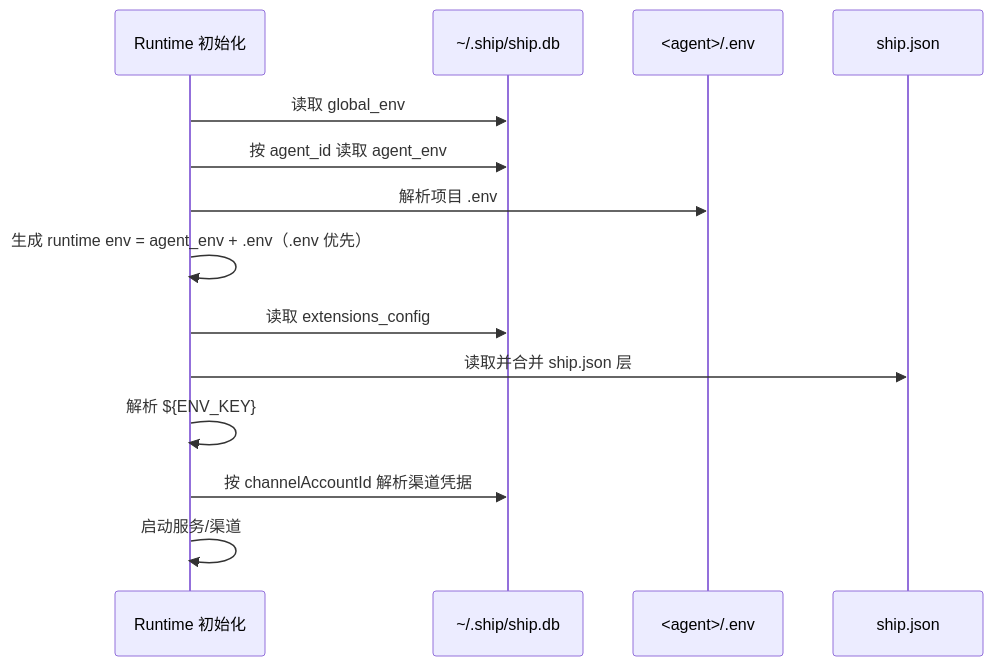
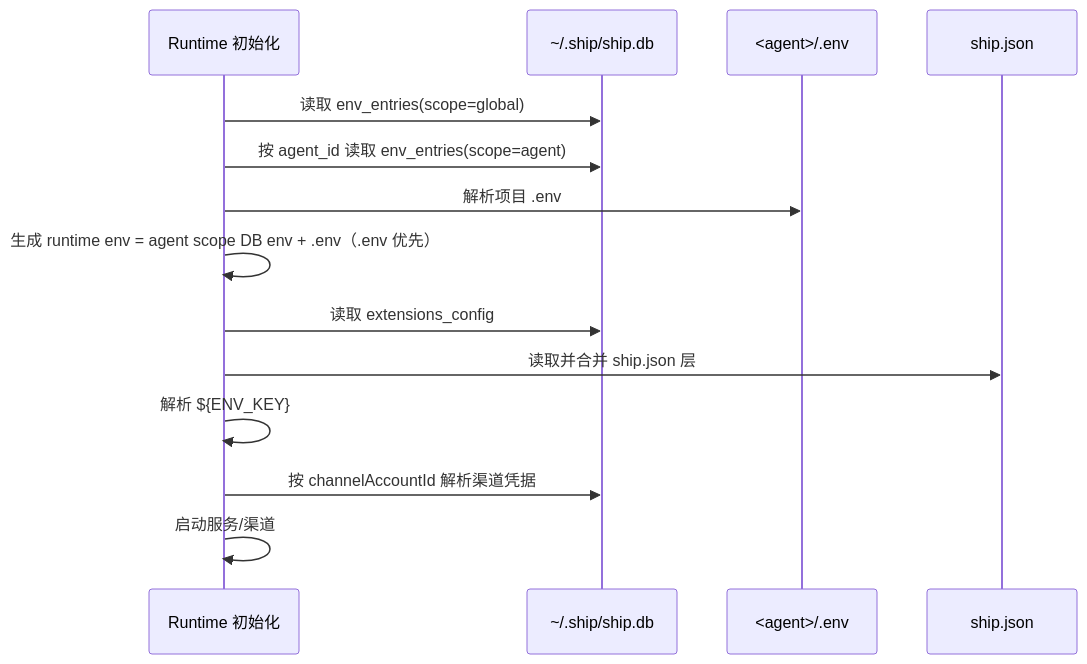
One commit to wangenius/downcity changed the second of 2 diagrams in homepage/content/docs/zh/configuration/env-shipdb-design.mdx. Above: the diagram before and after it, drawn with Mermaid. The commit also changed other lines of this file and 42 other files, not shown here.

````diff
--- a/homepage/content/docs/zh/configuration/env-shipdb-design.mdx
+++ b/homepage/content/docs/zh/configuration/env-shipdb-design.mdx
@@ -144,17 +134,17 @@
 ```mermaid
 sequenceDiagram
   participant RT as Runtime 初始化
   participant DB as ~/.ship/ship.db
   participant DOT as <agent>/.env
   participant JSON as ship.json
 
-  RT->>DB: 读取 global_env
-  RT->>DB: 按 agent_id 读取 agent_env
+  RT->>DB: 读取 env_entries(scope=global)
+  RT->>DB: 按 agent_id 读取 env_entries(scope=agent)
   RT->>DOT: 解析项目 .env
-  RT->>RT: 生成 runtime env = agent_env + .env（.env 优先）
+  RT->>RT: 生成 runtime env = agent scope DB env + .env（.env 优先）
   RT->>DB: 读取 extensions_config
   RT->>JSON: 读取并合并 ship.json 层
   RT->>RT: 解析 ${ENV_KEY}
   RT->>DB: 按 channelAccountId 解析渠道凭据
   RT->>RT: 启动服务/渠道
 ```
````
